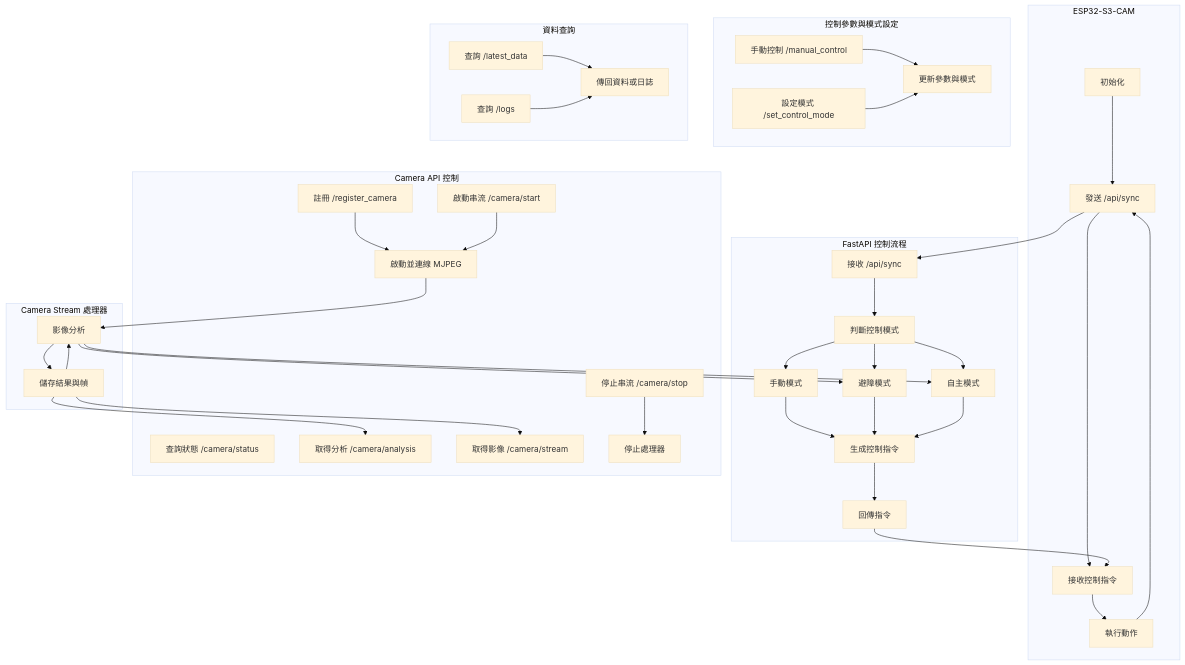
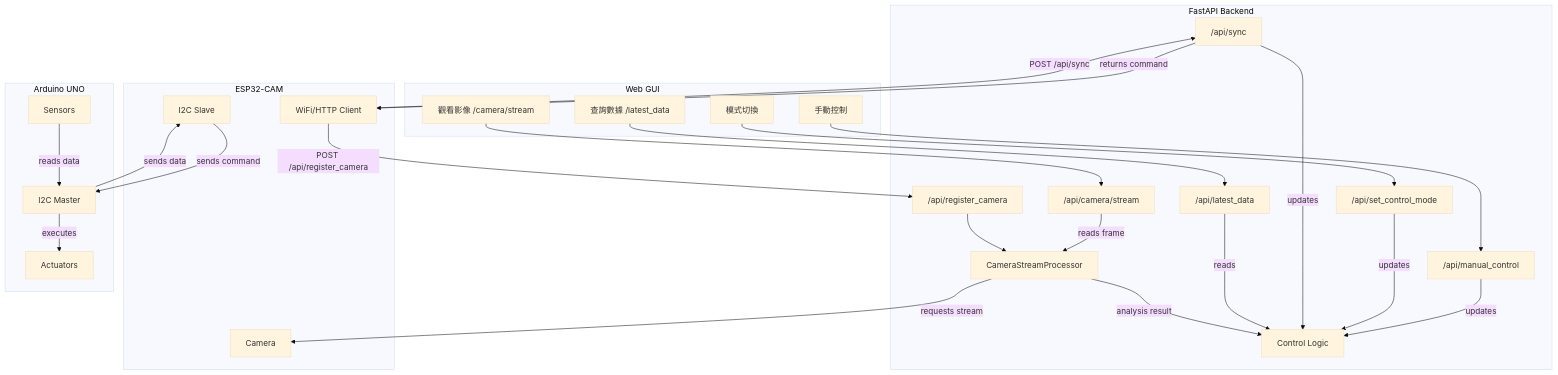
One commit to hamanpaul/mini-auto changed the diagram in docs/py_func.md. Above: the diagram before and after it, drawn with Mermaid (base theme). The commit also changed other lines of this file and 17 other files, not shown here.

````diff
--- a/docs/py_func.md
+++ b/docs/py_func.md
@@ -36,77 +20,63 @@
 ```mermaid
 flowchart TD
 
-%% 區塊 A：ESP32-S3-CAM
-subgraph A[ESP32-S3-CAM]
-    A1[初始化]
-    A2[發送 /api/sync]
-    A3[接收控制指令]
-    A4[執行動作]
-    A1 --> A2 --> A3 --> A4 --> A2
-end
+    subgraph A[Web GUI]
+        A1[手動控制]
+        A2[模式切換]
+        A3[查詢數據 /latest_data]
+        A4[觀看影像 /camera/stream]
+    end
 
-%% 區塊 B：FastAPI 控制流程
-subgraph B[FastAPI 控制流程]
-    B1[接收 /api/sync]
-    B2[判斷控制模式]
-    B3a[手動模式]
-    B3b[避障模式]
-    B3c[自主模式]
-    B4[生成控制指令]
-    B5[回傳指令]
-    B1 --> B2
-    B2 --> B3a --> B4
-    B2 --> B3b --> B4
-    B2 --> B3c --> B4
-    B4 --> B5
-end
+    subgraph B[FastAPI Backend]
+        B_MANUAL["/api/manual_control"]
+        B_MODE["/api/set_control_mode"]
+        B_LATEST["/api/latest_data"]
+        B_STREAM["/api/camera/stream"]
+        B_SYNC["/api/sync"]
+        B_REG["/api/register_camera"]
+        B_PROC[CameraStreamProcessor]
+        B_LOGIC[Control Logic]
+    end
 
-%% 區塊 C：控制參數設定
-subgraph C[控制參數與模式設定]
-    C1[手動控制 /manual_control]
-    C2[設定模式 /set_control_mode]
-    C3[更新參數與模式]
-    C1 --> C3
-    C2 --> C3
-end
+    subgraph C[ESP32-CAM]
+        C_WIFI[WiFi/HTTP Client]
+        C_I2C[I2C Slave]
+        C_CAM[Camera]
+    end
 
-%% 區塊 D：資料查詢
-subgraph D[資料查詢]
-    D1[查詢 /latest_data]
-    D2[查詢 /logs]
-    D3[傳回資料或日誌]
-    D1 --> D3
-    D2 --> D3
-end
+    subgraph D[Arduino UNO]
+        D_I2C[I2C Master]
+        D_SENSORS[Sensors]
+        D_ACTUATORS[Actuators]
+    end
 
-%% 區塊 E：Camera 控制 API
-subgraph E[Camera API 控制]
-    E1[註冊 /register_camera]
-    E2[啟動串流 /camera/start]
-    E3[停止串流 /camera/stop]
-    E4[查詢狀態 /camera/status]
-    E5[取得分析 /camera/analysis]
-    E6[取得影像 /camera/stream]
-    E1 --> F1
-    E2 --> F1
-    E3 --> F2
-end
+    %% GUI to Backend
+    A1 --> B_MANUAL
+    A2 --> B_MODE
+    A3 --> B_LATEST
+    A4 --> B_STREAM
 
-%% 區塊 F：Camera Stream Processor
-subgraph F[Camera Stream 處理器]
-    F1[啟動並連線 MJPEG]
-    F2[停止處理器]
-    F3[影像分析]
-    F4[儲存結果與幀]
-    F1 --> F3 --> F4 --> F3
-end
+    %% Backend Internal
+    B_MANUAL & B_MODE & B_SYNC -- updates --> B_LOGIC
+    B_LATEST -- reads --> B_LOGIC
+    B_STREAM -- reads frame --> B_PROC
+    B_PROC -- analysis result --> B_LOGIC
+    B_REG --> B_PROC
 
-%% 邏輯連線
-A2 --> B1
-B5 --> A3
-F4 --> E5
-F4 --> E6
-F3 --> B3b
-F3 --> B3c
+    %% Backend to ESP32
+    B_PROC -- requests stream --> C_CAM
+
+    %% ESP32 to Backend
+    C_WIFI -- "POST /api/register_camera" --> B_REG
+    C_WIFI -- "POST /api/sync" --> B_SYNC
+    B_SYNC -- returns command --> C_WIFI
+
+    %% ESP32 to UNO
+    C_I2C -- sends command --> D_I2C
+    D_I2C -- executes --> D_ACTUATORS
+
+    %% UNO to ESP32
+    D_SENSORS -- reads data --> D_I2C
+    D_I2C -- sends data --> C_I2C
 
 ```
````
